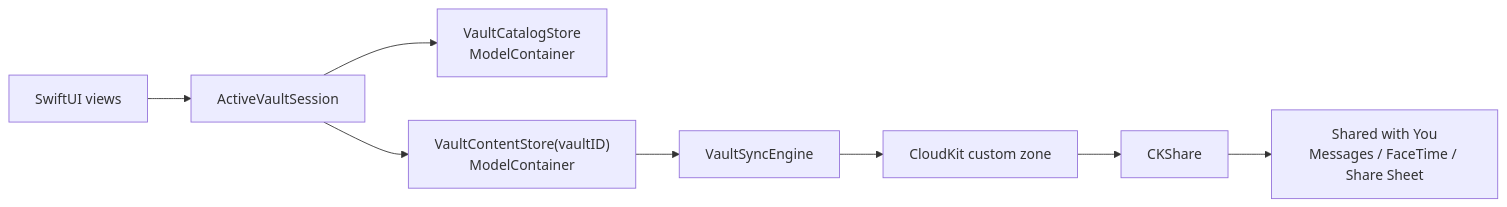
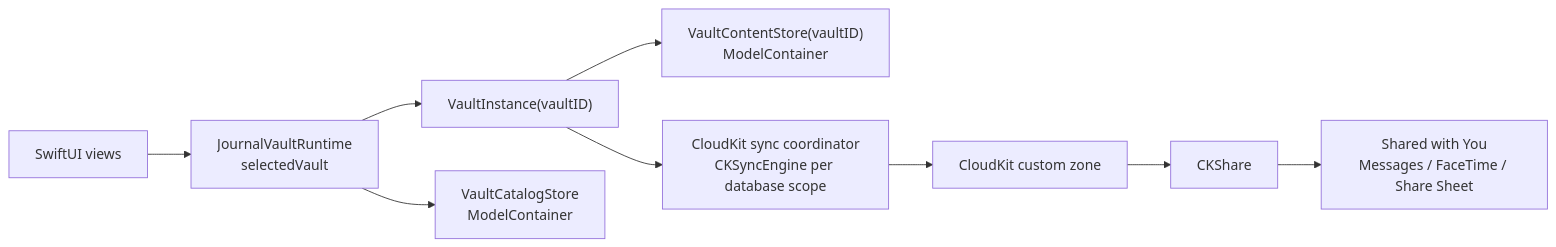
Before and after one commit to muukii/MuApps: the first of 9 diagrams in Apps/Journal/docs/VAULT_SYNC_DESIGN.md, drawn with Mermaid. The commit also changed other lines of this file and 68 other files, not shown here.

Commit message:
Rework Journal around vault runtime

````diff
--- a/Apps/Journal/docs/VAULT_SYNC_DESIGN.md
+++ b/Apps/Journal/docs/VAULT_SYNC_DESIGN.md
@@ -35,19 +35,21 @@
 ```mermaid
 flowchart LR
   SwiftUI["SwiftUI views"]
-  ActiveVault["ActiveVaultSession"]
+  Runtime["JournalVaultRuntime<br/>selectedVault"]
+  VaultInstance["VaultInstance(vaultID)"]
   CatalogStore["VaultCatalogStore<br/>ModelContainer"]
   ContentStore["VaultContentStore(vaultID)<br/>ModelContainer"]
-  SyncEngine["VaultSyncEngine"]
+  SyncEngine["CloudKit sync coordinator<br/>CKSyncEngine per database scope"]
   CloudKitZone["CloudKit custom zone"]
   Share["CKShare"]
   SharedWithYou["Shared with You<br/>Messages / FaceTime / Share Sheet"]
 
-  SwiftUI --> ActiveVault
-  ActiveVault --> CatalogStore
-  ActiveVault --> ContentStore
-  ContentStore --> SyncEngine
+  SwiftUI --> Runtime
+  Runtime --> VaultInstance
+  Runtime --> CatalogStore
+  VaultInstance --> ContentStore
+  VaultInstance --> SyncEngine
   SyncEngine --> CloudKitZone
   CloudKitZone --> Share
   Share --> SharedWithYou
 ```
````
